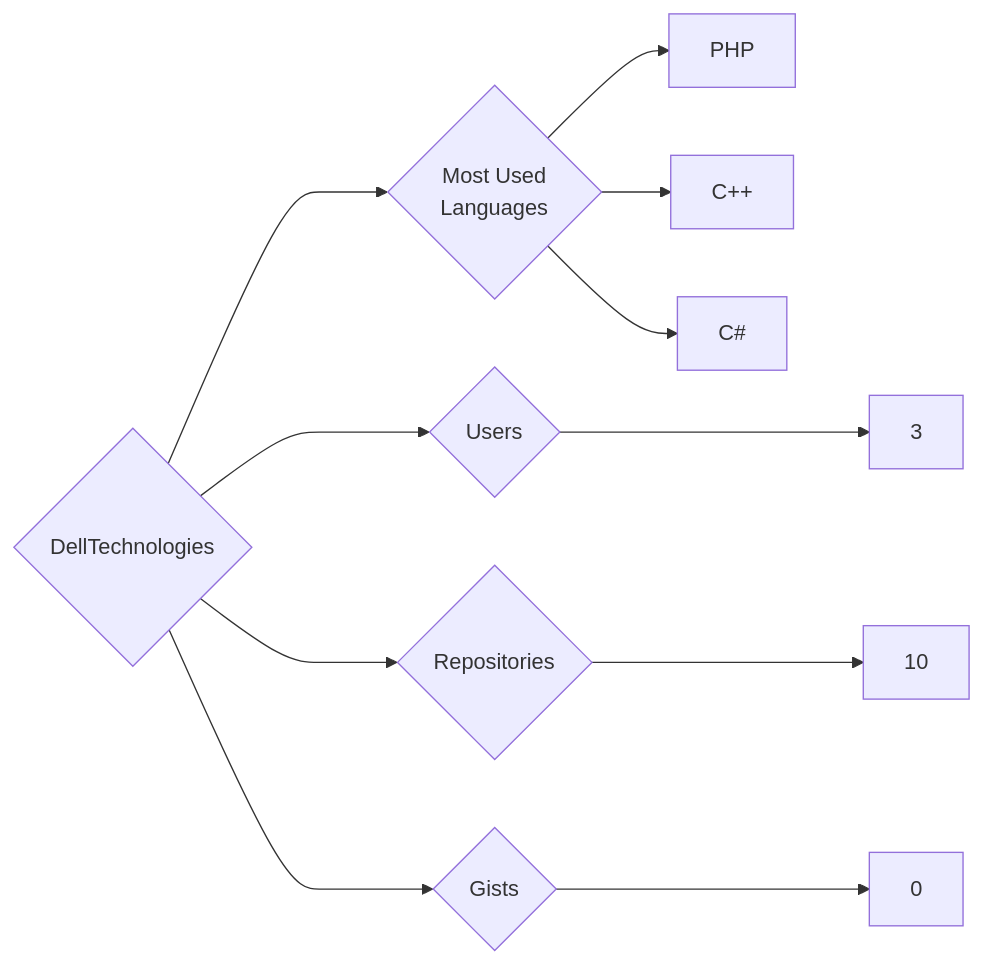
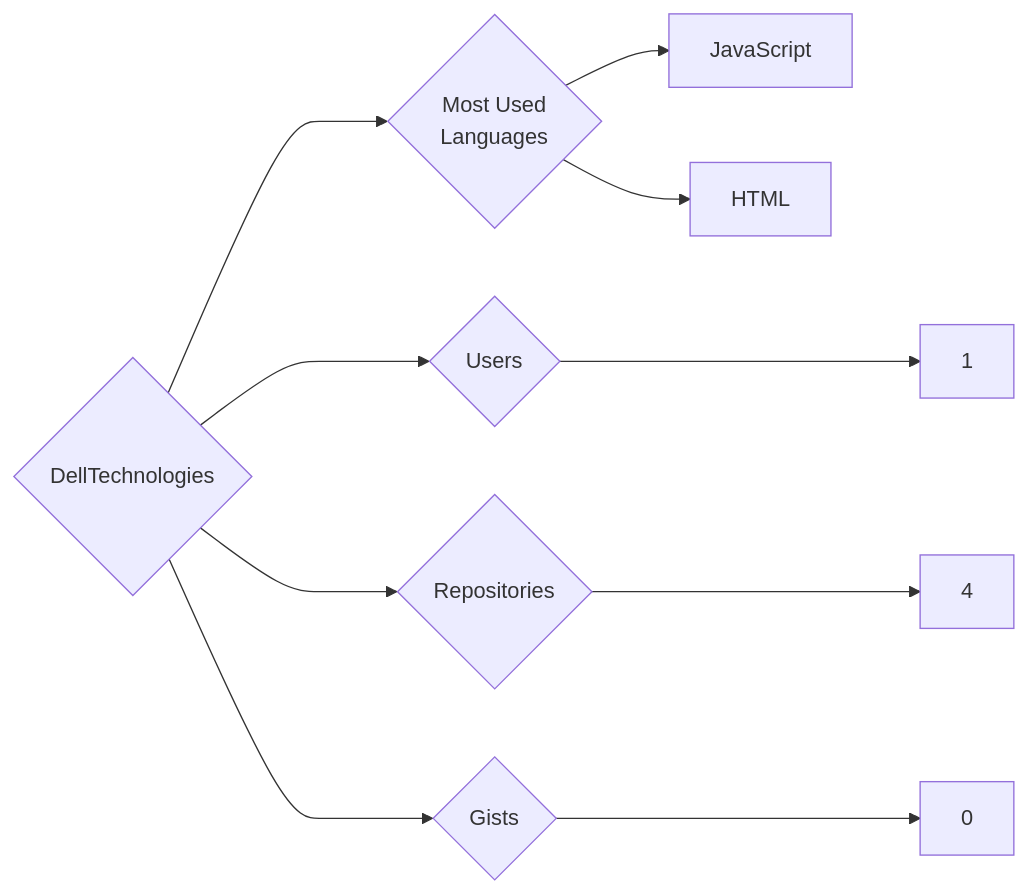
The diagram in targets/DellTechnologies/README.md (trickest/insiders), drawn with Mermaid before and after one commit. The commit also changed 618 other files, not shown here.

````diff
--- a/targets/DellTechnologies/README.md
+++ b/targets/DellTechnologies/README.md
@@ -3,11 +3,10 @@
 ```mermaid
 graph LR
 COMPANY_NAME{DellTechnologies}
-COMPANY_NAME ---> U{Users} ---> UN[3]
-COMPANY_NAME ---> R{Repositories} ---> RN[10]
+COMPANY_NAME ---> U{Users} ---> UN[1]
+COMPANY_NAME ---> R{Repositories} ---> RN[4]
 COMPANY_NAME ---> G{Gists} ---> GN[0]
 COMPANY_NAME ---> ML{Most Used<br>Languages}
-ML --> PHP[PHP]
-ML --> C++[C++]
-ML --> C#[C#]
+ML --> JavaScript[JavaScript]
+ML --> HTML[HTML]
 ```
````
